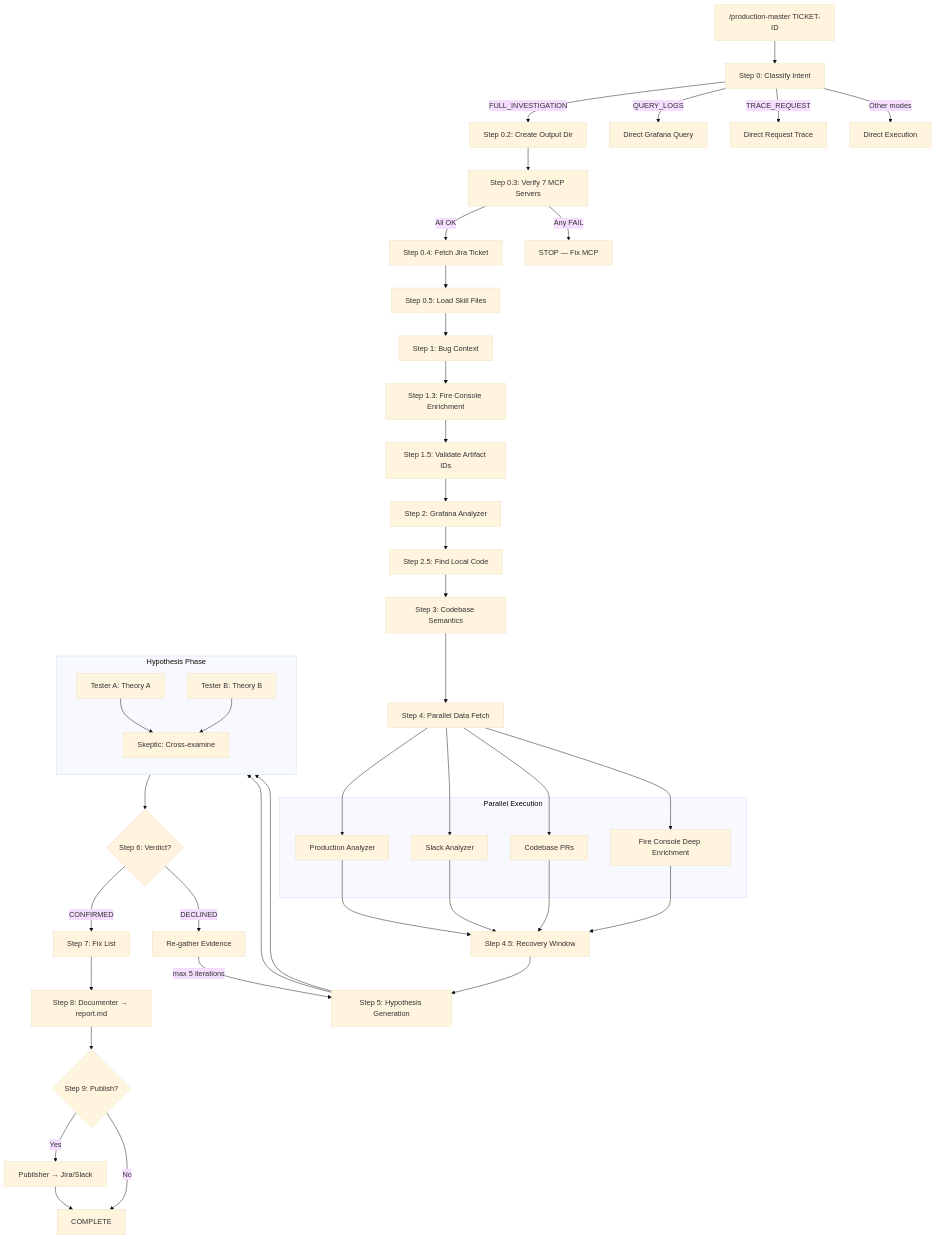
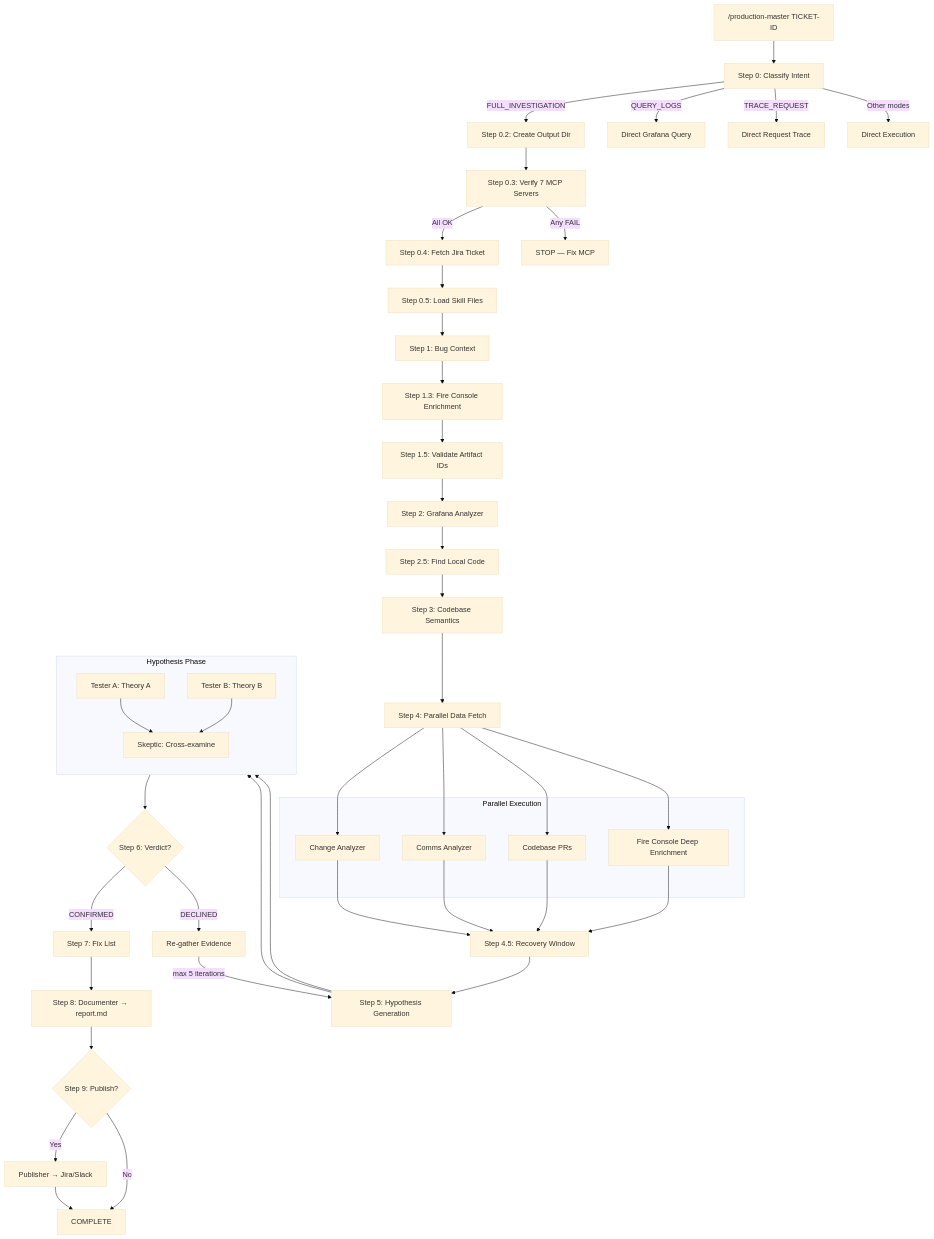
Before and after one commit to TamirCohen-Wix/production-master: the diagram in docs/investigation-flow.md, drawn with Mermaid (base theme). The commit also changed other lines of this file and 22 other files, not shown here.

````diff
--- a/docs/investigation-flow.md
+++ b/docs/investigation-flow.md
@@ -20,53 +20,53 @@
 ```mermaid
 flowchart TD
     START["/production-master TICKET-ID"] --> CLASSIFY["Step 0: Classify Intent"]
     CLASSIFY --> |FULL_INVESTIGATION| INIT["Step 0.2: Create Output Dir"]
     CLASSIFY --> |QUERY_LOGS| DIRECT_GRAFANA["Direct Grafana Query"]
     CLASSIFY --> |TRACE_REQUEST| DIRECT_TRACE["Direct Request Trace"]
     CLASSIFY --> |Other modes| DIRECT_OTHER["Direct Execution"]
 
     INIT --> MCP_CHECK["Step 0.3: Verify 7 MCP Servers"]
     MCP_CHECK --> |All OK| JIRA["Step 0.4: Fetch Jira Ticket"]
     MCP_CHECK --> |Any FAIL| STOP["STOP — Fix MCP"]
 
     JIRA --> SKILLS["Step 0.5: Load Skill Files"]
     SKILLS --> BUG_CTX["Step 1: Bug Context"]
     BUG_CTX --> ENRICH["Step 1.3: Fire Console Enrichment"]
     ENRICH --> VALIDATE["Step 1.5: Validate Artifact IDs"]
     VALIDATE --> GRAFANA["Step 2: Grafana Analyzer"]
     GRAFANA --> LOCAL["Step 2.5: Find Local Code"]
     LOCAL --> CODEBASE["Step 3: Codebase Semantics"]
 
     CODEBASE --> PARALLEL["Step 4: Parallel Data Fetch"]
 
     subgraph PARALLEL_BOX ["Parallel Execution"]
-        PROD["Production Analyzer"]
-        SLACK["Slack Analyzer"]
+        PROD["Change Analyzer"]
+        SLACK["Comms Analyzer"]
         CODE_PRS["Codebase PRs"]
         FC["Fire Console Deep Enrichment"]
     end
     PARALLEL --> PROD & SLACK & CODE_PRS & FC
 
     PROD & SLACK & CODE_PRS & FC --> RECOVERY["Step 4.5: Recovery Window"]
     RECOVERY --> HYPOTHESIS["Step 5: Hypothesis Generation"]
 
     subgraph HYPO_BOX ["Hypothesis Phase"]
         direction TB
         HYPO_A["Tester A: Theory A"]
         HYPO_B["Tester B: Theory B"]
         SKEPTIC_V["Skeptic: Cross-examine"]
         HYPO_A & HYPO_B --> SKEPTIC_V
     end
     HYPOTHESIS --> HYPO_A & HYPO_B
 
     SKEPTIC_V --> DECISION{"Step 6: Verdict?"}
     DECISION --> |CONFIRMED| FIX["Step 7: Fix List"]
     DECISION --> |DECLINED| REGATHER["Re-gather Evidence"]
     REGATHER --> |"max 5 iterations"| HYPOTHESIS
 
     FIX --> DOC["Step 8: Documenter → report.md"]
     DOC --> PUB{"Step 9: Publish?"}
     PUB --> |Yes| PUBLISHER["Publisher → Jira/Slack"]
     PUB --> |No| DONE["COMPLETE"]
     PUBLISHER --> DONE
 ```
````
